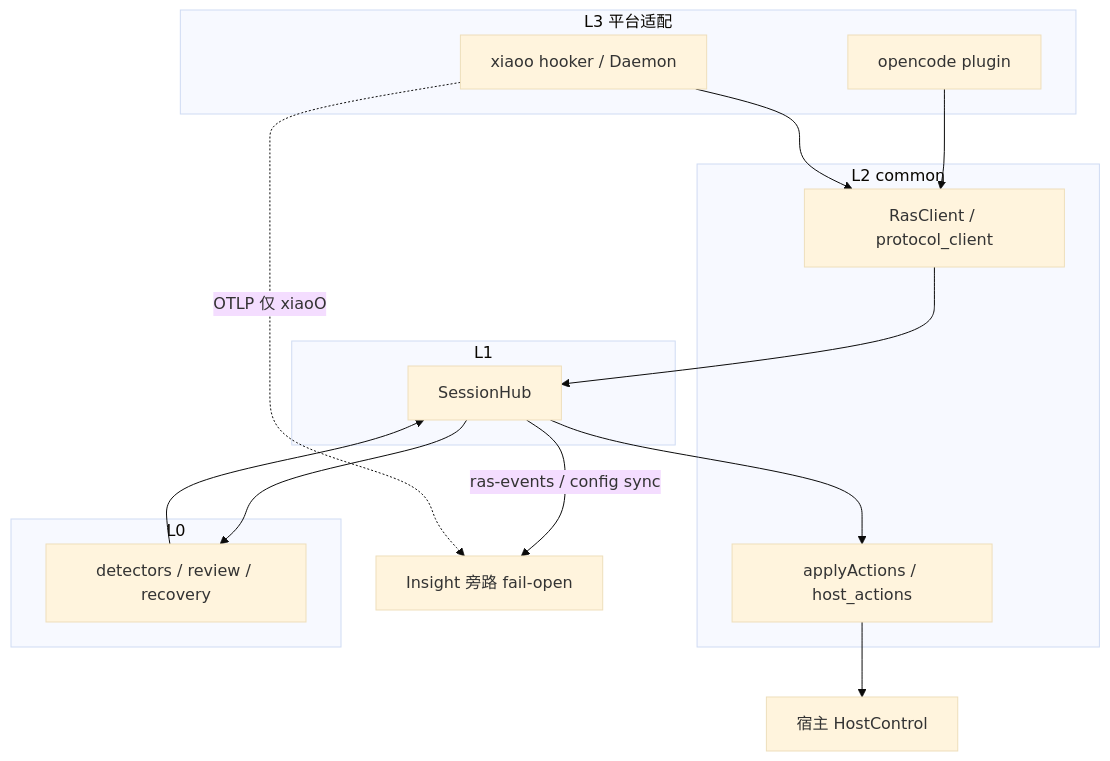
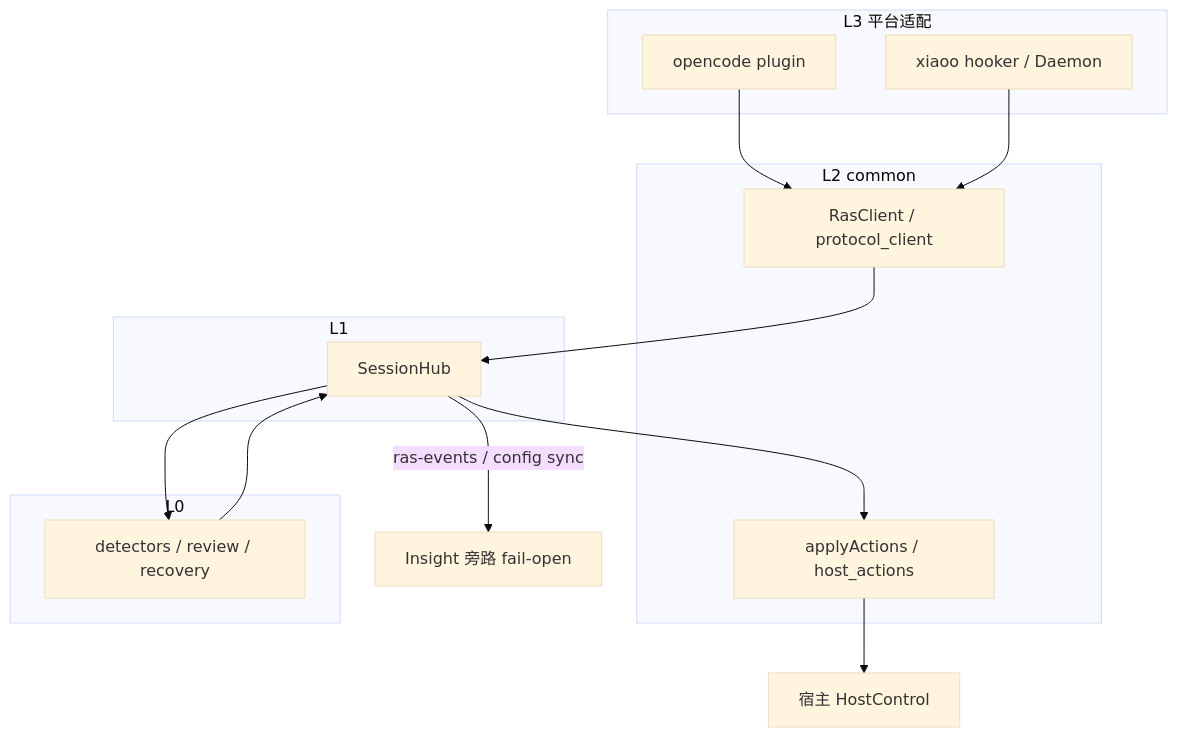
Before and after one commit to openeuler-mirror/agent-insight: the first of 4 diagrams in docs/agent-ras/designs/features/opencode-xiaoo-integration.md, drawn with Mermaid (base theme). The commit also changed other lines of this file and 8 other files, not shown here.

````diff
--- a/docs/agent-ras/designs/features/opencode-xiaoo-integration.md
+++ b/docs/agent-ras/designs/features/opencode-xiaoo-integration.md
@@ -21,29 +21,28 @@
 ```mermaid
 flowchart TB
   subgraph L3 [L3 平台适配]
     OC[opencode plugin]
     XO[xiaoo hooker / Daemon]
   end
   subgraph L2 [L2 common]
     RC[RasClient / protocol_client]
     AA[applyActions / host_actions]
   end
   subgraph L1 [L1]
     Hub[SessionHub]
   end
   subgraph L0 [L0]
     Det[detectors / review / recovery]
   end
   Host[宿主 HostControl]
   Insight[Insight 旁路 fail-open]
 
   OC --> RC
   XO --> RC
   RC --> Hub
   Hub --> Det
   Det --> Hub
   Hub --> AA
   AA --> Host
   Hub -->|ras-events / config sync| Insight
-  XO -.->|OTLP 仅 xiaoO| Insight
 ```
````
